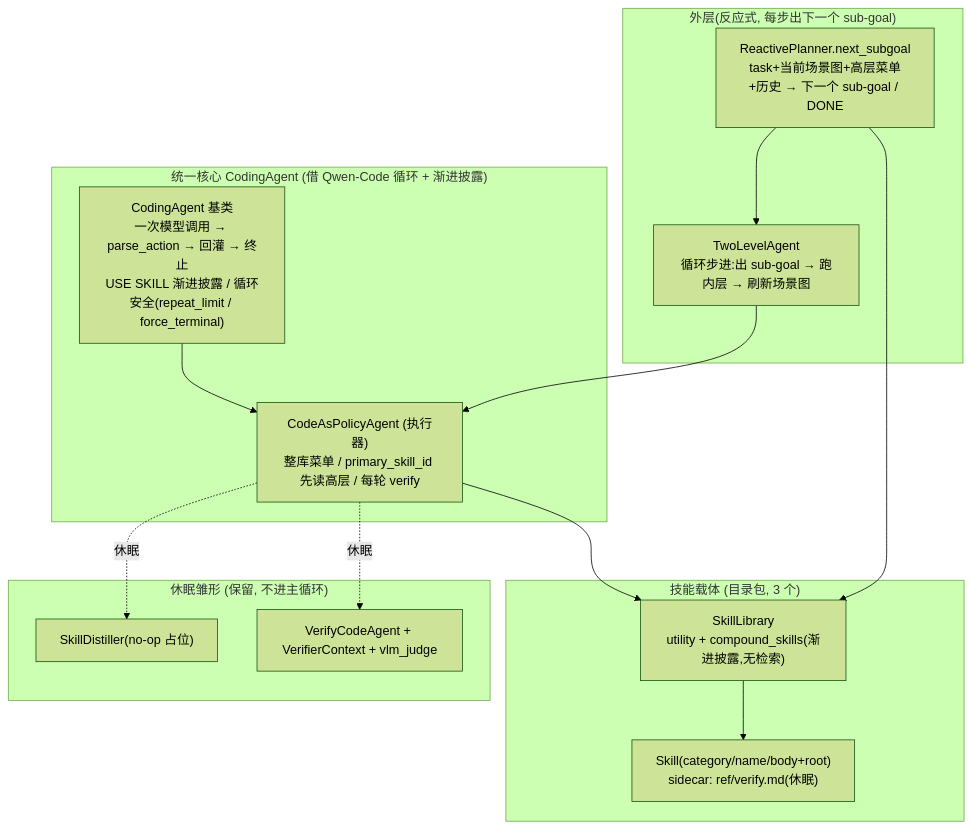
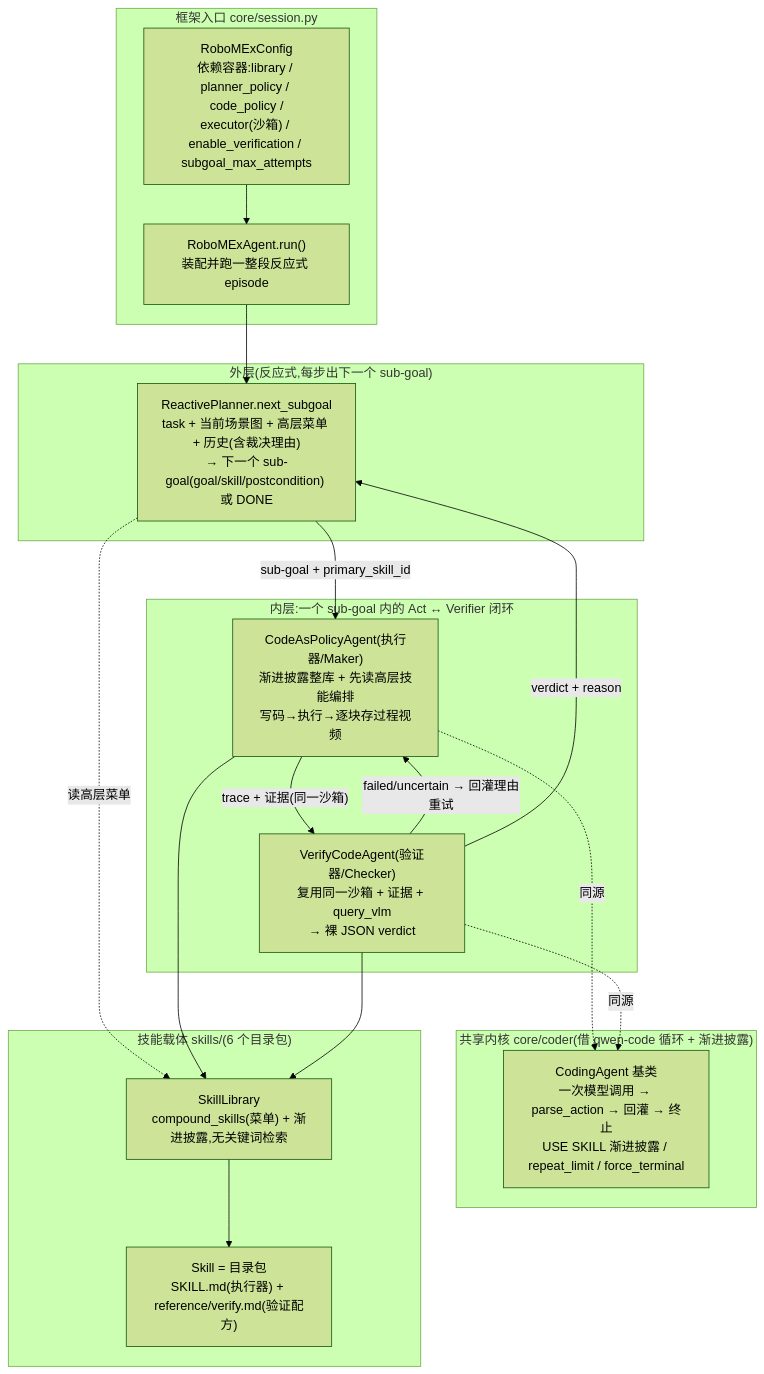
One commit to ZYH-Lightyear/BCap-X changed the diagram in docs/paper_design/robomex_structure_overview.md. Above: the diagram before and after it, drawn with Mermaid (forest theme). The commit also changed other lines of this file and 3 other files, not shown here.

````diff
--- a/docs/paper_design/robomex_structure_overview.md
+++ b/docs/paper_design/robomex_structure_overview.md
@@ -65,30 +45,38 @@
 ```mermaid
 graph TB
-    subgraph Outer["外层(反应式, 每步出下一个 sub-goal)"]
-        RP["ReactivePlanner.next_subgoal<br/>task+当前场景图+高层菜单+历史 → 下一个 sub-goal / DONE"]
-        TLA["TwoLevelAgent<br/>循环步进:出 sub-goal → 跑内层 → 刷新场景图"]
+    subgraph Entry["框架入口 core/session.py"]
+        CFG["RoboMExConfig<br/>依赖容器:library / planner_policy / code_policy /<br/>executor(沙箱) / enable_verification / subgoal_max_attempts"]
+        AG["RoboMExAgent.run()<br/>装配并跑一整段反应式 episode"]
+        CFG --> AG
     end
 
-    subgraph Core["统一核心 CodingAgent (借 Qwen-Code 循环 + 渐进披露)"]
-        CA["CodingAgent 基类<br/>一次模型调用 → parse_action → 回灌 → 终止<br/>USE SKILL 渐进披露 / 循环安全(repeat_limit / force_terminal)"]
-        EXE["CodeAsPolicyAgent (执行器)<br/>整库菜单 / primary_skill_id 先读高层 / 每轮 verify"]
-        CA --> EXE
+    subgraph Outer["外层(反应式,每步出下一个 sub-goal)"]
+        RP["ReactivePlanner.next_subgoal<br/>task + 当前场景图 + 高层菜单 + 历史(含裁决理由)<br/>→ 下一个 sub-goal(goal/skill/postcondition) 或 DONE"]
     end
 
-    subgraph SkillsPkg["技能载体 (目录包, 3 个)"]
-        SCH["Skill(category/name/body+root)<br/>sidecar: ref/verify.md(休眠)"]
-        LIB["SkillLibrary<br/>utility + compound_skills(渐进披露,无检索)"]
+    subgraph Inner["内层:一个 sub-goal 内的 Act ↔ Verifier 闭环"]
+        EXE["CodeAsPolicyAgent(执行器/Maker)<br/>渐进披露整库 + 先读高层技能编排<br/>写码→执行→逐块存过程视频"]
+        VER["VerifyCodeAgent(验证器/Checker)<br/>复用同一沙箱 + 证据 + query_vlm<br/>→ 裸 JSON verdict"]
+        EXE -->|"trace + 证据(同一沙箱)"| VER
+        VER -->|"failed/uncertain → 回灌理由重试"| EXE
     end
 
-    subgraph Dormant["休眠雏形 (保留, 不进主循环)"]
-        VER["VerifyCodeAgent + VerifierContext + vlm_judge"]
-        DIS["SkillDistiller(no-op 占位)"]
+    subgraph Core["共享内核 core/coder(借 qwen-code 循环 + 渐进披露)"]
+        CA["CodingAgent 基类<br/>一次模型调用 → parse_action → 回灌 → 终止<br/>USE SKILL 渐进披露 / repeat_limit / force_terminal"]
     end
 
-    RP --> LIB
-    RP --> TLA --> EXE
+    subgraph Skills["技能载体 skills/(6 个目录包)"]
+        SCH["Skill = 目录包<br/>SKILL.md(执行器) + reference/verify.md(验证配方)"]
+        LIB["SkillLibrary<br/>compound_skills(菜单) + 渐进披露,无关键词检索"]
+    end
+
+    AG --> RP
+    RP -->|"sub-goal + primary_skill_id"| EXE
+    RP -.读高层菜单.-> LIB
+    EXE -.同源.-> CA
+    VER -.同源.-> CA
     EXE --> LIB
+    VER --> LIB
     LIB --> SCH
-    EXE -.休眠.-> VER
-    EXE -.休眠.-> DIS
+    VER -->|"verdict + reason"| RP
 ```
````
